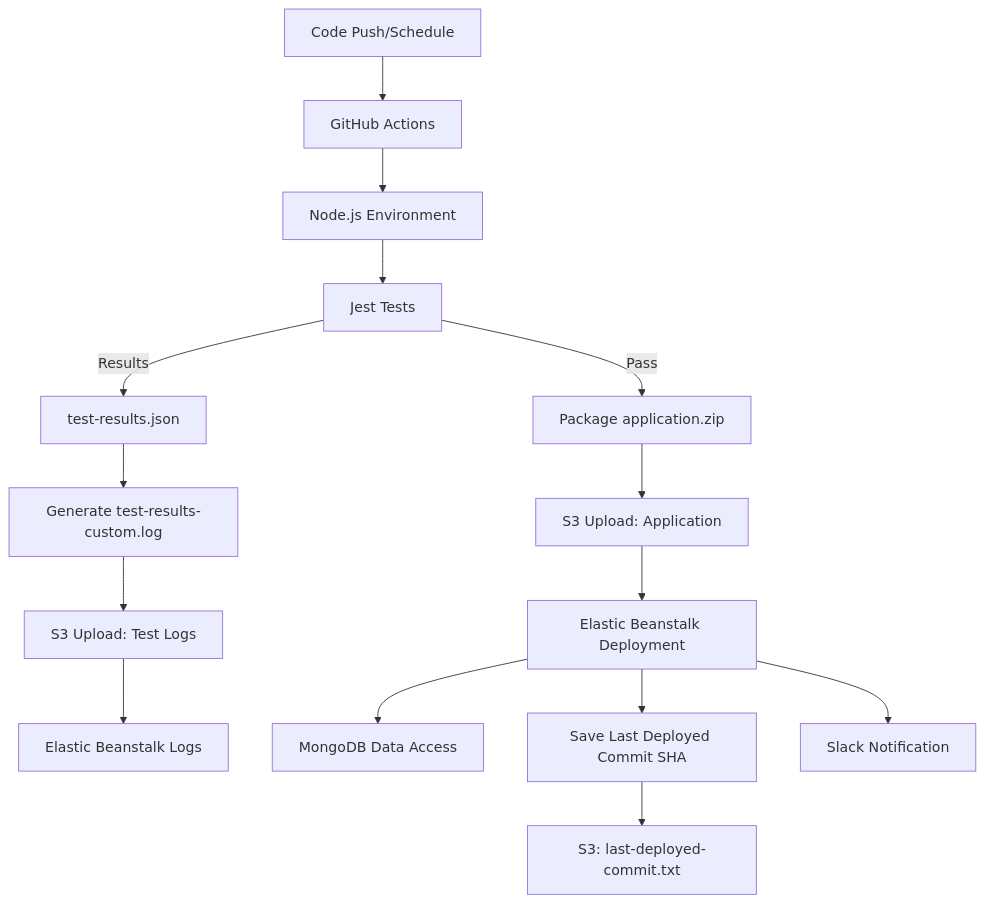
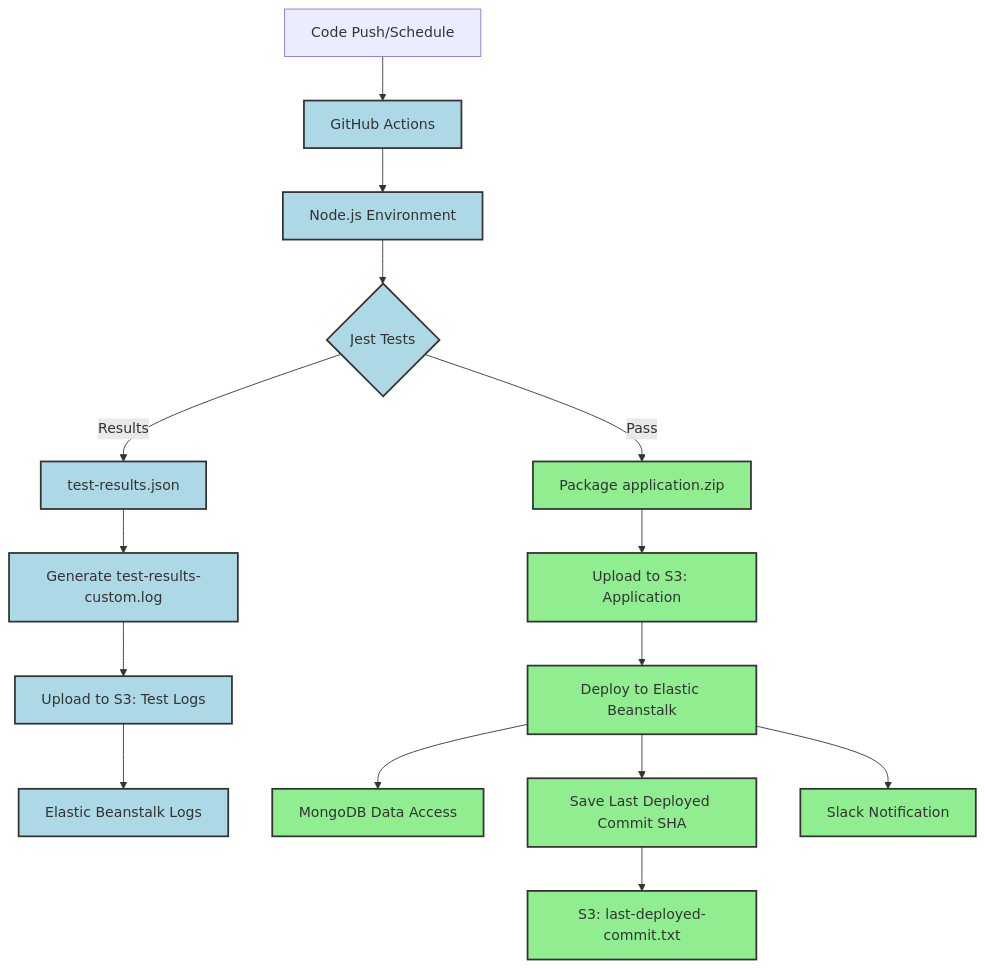
Before and after one commit to Evan-Codes88/CI-CD-api: the third of 3 diagrams in README.md, drawn with Mermaid. The commit also changed other lines of this file, not shown here.

````diff
--- a/README.md
+++ b/README.md
@@ -458,17 +439,21 @@
 ```mermaid
 graph TD
     A[Code Push/Schedule] --> B[GitHub Actions]
     B --> C[Node.js Environment]
-    C --> D[Jest Tests]
+    C --> D{Jest Tests}
     D -->|Results| E[test-results.json]
     E --> F[Generate test-results-custom.log]
-    F --> G[S3 Upload: Test Logs]
+    F --> G[Upload to S3: Test Logs]
     G --> H[Elastic Beanstalk Logs]
     D -->|Pass| I[Package application.zip]
-    I --> J[S3 Upload: Application]
-    J --> K[Elastic Beanstalk Deployment]
+    I --> J[Upload to S3: Application]
+    J --> K[Deploy to Elastic Beanstalk]
     K --> L[MongoDB Data Access]
     K --> M[Save Last Deployed Commit SHA]
     M --> N[S3: last-deployed-commit.txt]
     K --> O[Slack Notification]
+    classDef ci fill:#ADD8E6,stroke:#333,stroke-width:2px;
+    classDef deploy fill:#90EE90,stroke:#333,stroke-width:2px;
+    class B,C,D,E,F,G,H ci;
+    class I,J,K,L,M,N,O deploy;
 ```
````
